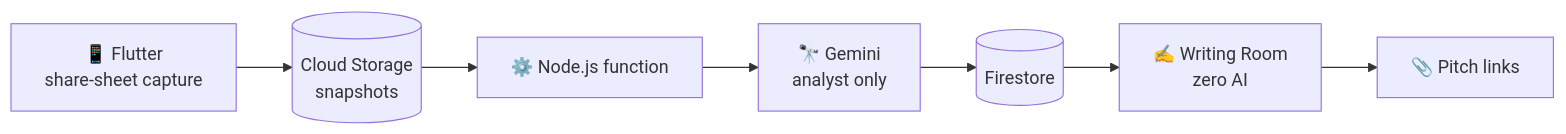
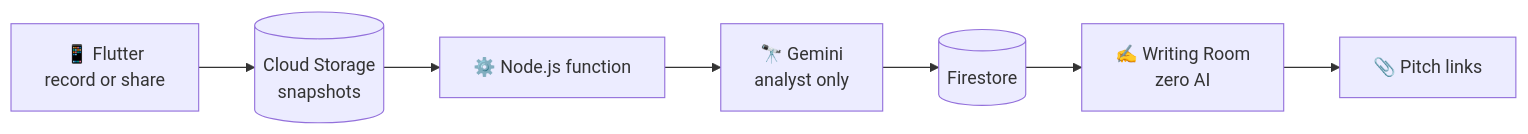
One commit to Kaifrizwan12/Foolscap changed the diagram in README.md. Above: the diagram before and after it, drawn with Mermaid. The commit also changed other lines of this file, not shown here.

````diff
--- a/README.md
+++ b/README.md
@@ -103,9 +123,9 @@
 ```mermaid
 flowchart LR
-    A["📱 Flutter<br/>share-sheet capture"] --> B[("Cloud Storage<br/>snapshots")]
+    A["📱 Flutter<br/>record or share"] --> B[("Cloud Storage<br/>snapshots")]
     B --> C["⚙️ Node.js function"]
     C --> D["🔭 Gemini<br/>analyst only"]
     D --> E[("Firestore")]
     E --> F["✍️ Writing Room<br/>zero AI"]
     F --> G["📎 Pitch links"]
 ```
````
